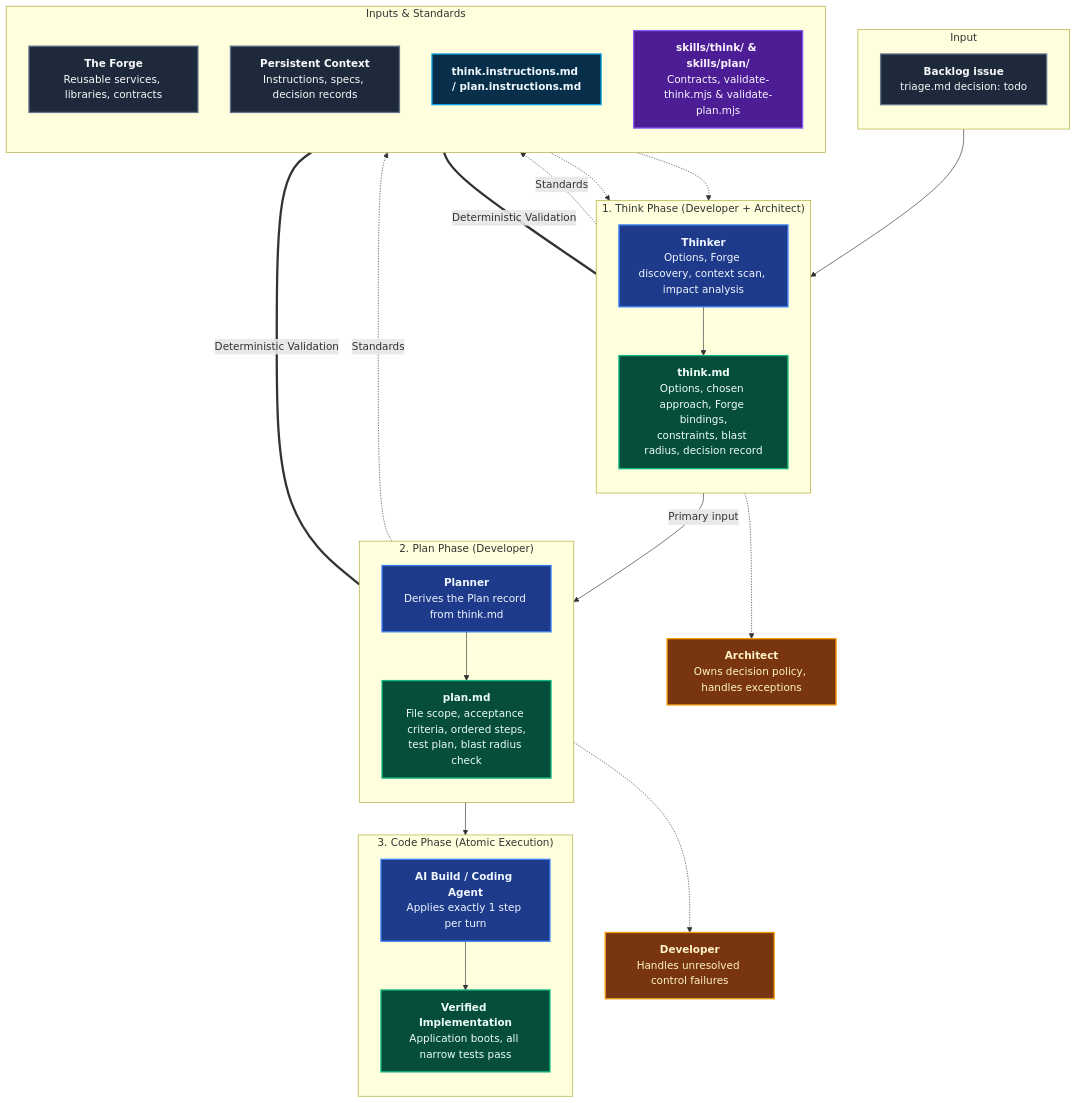
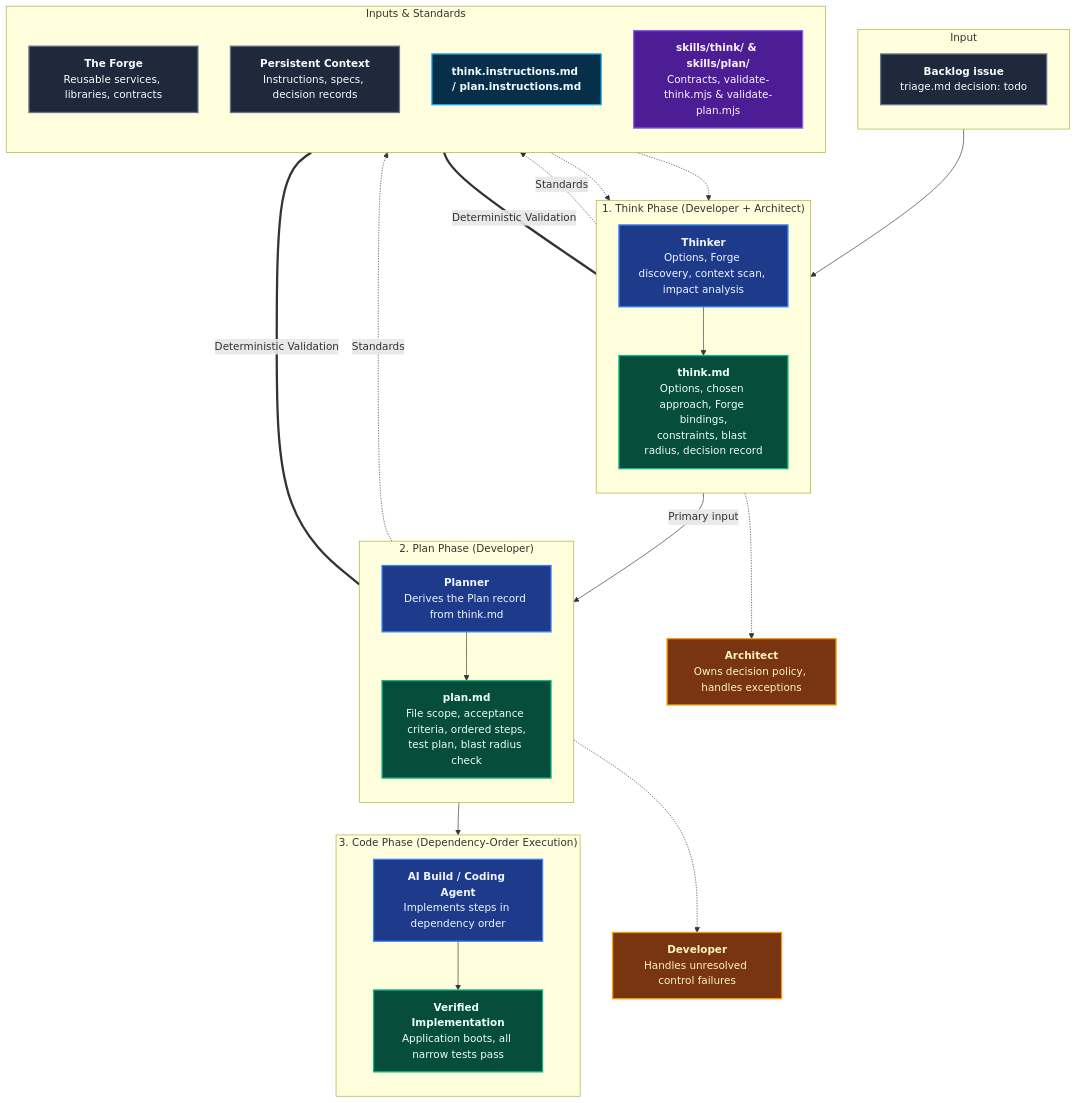
One commit to ALTEN-group/coding-pal changed the first of 2 diagrams in website/docs/guide/domain-think-plan.md. Above: the diagram before and after it, drawn with Mermaid. The commit also changed other lines of this file and 173 other files, not shown here.

````diff
--- a/website/docs/guide/domain-think-plan.md
+++ b/website/docs/guide/domain-think-plan.md
@@ -11,68 +11,68 @@
 ```mermaid
 ---
 caption: Backlog Issue to Specifications (Triage -> Think -> Plan -> Code)
 ---
 flowchart TD
     subgraph Phase0 ["Input"]
         direction TB
         TRI["<b>Backlog issue</b><br/>triage.md decision: todo"]
     end
 
     subgraph Phase1 ["1. Think Phase (Developer + Architect)"]
         direction TB
         AG_THINK["<b>Thinker</b><br/>Options, Forge discovery, context scan, impact analysis"]
         THINK_DOC["<b>think.md</b><br/>Options, chosen approach, Forge bindings,<br/>constraints, blast radius, decision record"]
         AG_THINK --> THINK_DOC
     end
 
     subgraph Phase2 ["2. Plan Phase (Developer)"]
         direction TB
         AG_PLAN["<b>Planner</b><br/>Derives the Plan record from think.md"]
         PLAN_DOC["<b>plan.md</b><br/>File scope, acceptance criteria, ordered steps,<br/>test plan, blast radius check"]
         AG_PLAN --> PLAN_DOC
     end
 
-    subgraph Phase3 ["3. Code Phase (Atomic Execution)"]
+    subgraph Phase3 ["3. Code Phase (Dependency-Order Execution)"]
         direction TB
-        BUILD_AG["<b>AI Build / Coding Agent</b><br/>Applies exactly 1 step per turn"]
+        BUILD_AG["<b>AI Build / Coding Agent</b><br/>Implements steps in dependency order"]
         DONE["<b>Verified Implementation</b><br/>Application boots, all narrow tests pass"]
         BUILD_AG --> DONE
     end
 
     subgraph Context ["Inputs & Standards"]
         direction TB
         FORGE["<b>The Forge</b><br/>Reusable services, libraries, contracts"]
         PC["<b>Persistent Context</b><br/>Instructions, specs, decision records"]
         INST_SPEC["<b>think.instructions.md / plan.instructions.md</b>"]
         SKILL_SPEC["<b>skills/think/ &amp; skills/plan/</b><br/>Contracts, validate-think.mjs &amp; validate-plan.mjs"]
     end
 
     ARCH["<b>Architect</b><br/>Owns decision policy, handles exceptions"]
     DEV["<b>Developer</b><br/>Handles unresolved control failures"]
 
     TRI --> AG_THINK
     THINK_DOC -->|"Primary input"| AG_PLAN
     PLAN_DOC --> BUILD_AG
     THINK_DOC -.-> ARCH
     PLAN_DOC -.-> DEV
     FORGE -.-> AG_THINK
     PC -.-> AG_THINK
     AG_THINK -.->|Standards| INST_SPEC
     AG_PLAN -.->|Standards| INST_SPEC
     THINK_DOC ===|Deterministic Validation| SKILL_SPEC
     PLAN_DOC ===|Deterministic Validation| SKILL_SPEC
 
     classDef stage fill:#1e3a8a,stroke:#3b82f6,stroke-width:2px,color:#eff6ff;
     classDef instruction fill:#082f49,stroke:#0ea5e9,stroke-width:2px,color:#f0f9ff;
     classDef skill fill:#4c1d95,stroke:#8b5cf6,stroke-width:2px,color:#faf5ff;
     classDef artifact fill:#064e3b,stroke:#10b981,stroke-width:2px,color:#ecfdf5;
     classDef input fill:#1e293b,stroke:#64748b,stroke-width:2px,color:#f8fafc;
     classDef human fill:#78350f,stroke:#f59e0b,stroke-width:2px,color:#fef3c7;
 
     class TRI,FORGE,PC input;
     class AG_THINK,AG_PLAN,BUILD_AG stage;
     class INST_SPEC instruction;
     class SKILL_SPEC skill;
     class THINK_DOC,PLAN_DOC,DONE artifact;
     class ARCH,DEV human;
 ```
````
